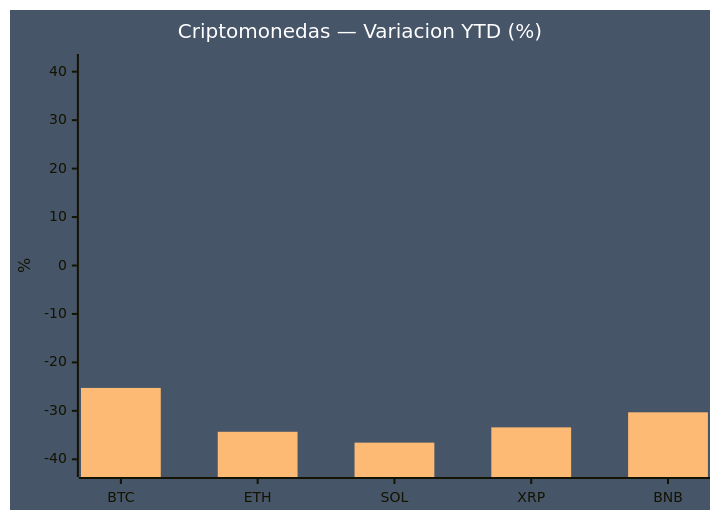
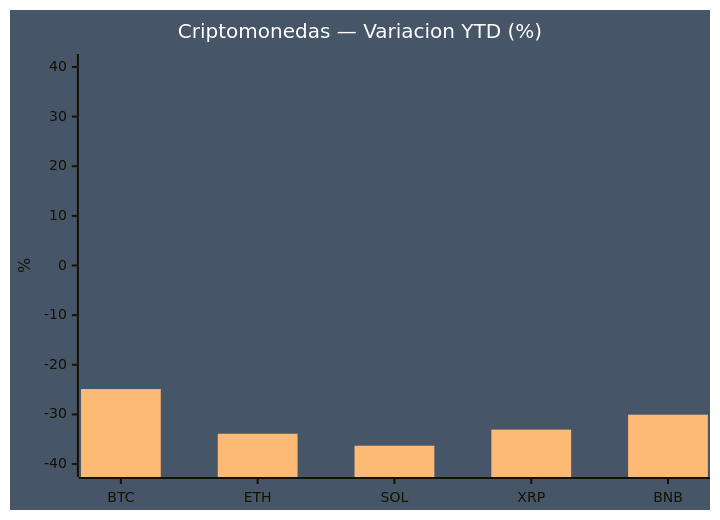
One commit to kanoso/tablero-divisas changed the eighth of 9 diagrams in reports/2026-03-30.md. Above: the diagram before and after it, drawn with Mermaid. The commit also changed other lines of this file and 3 other files, not shown here.

````diff
--- a/reports/2026-03-30.md
+++ b/reports/2026-03-30.md
@@ -191,8 +191,8 @@
 ```mermaid
 %%{init: {"theme":"base","themeVariables":{"xyChart":{"backgroundColor":"#475569","plotBackgroundColor":"#334155","plotColorPalette":"#fdba74","titleColor":"#ffffff","axisLineColor":"#cbd5e1","labelColor":"#ffffff","tickColor":"#cbd5e1"}}}}%%
 xychart-beta
     title "Criptomonedas — Variacion YTD (%)"
     x-axis ["BTC", "ETH", "SOL", "XRP", "BNB"]
-    y-axis "%" -42 --> 42
-    bar [-25.27, -34.32, -36.56, -33.41, -30.30]
+    y-axis "%" -41 --> 41
+    bar [-24.89, -33.90, -36.31, -33.07, -30.06]
 ```
````
